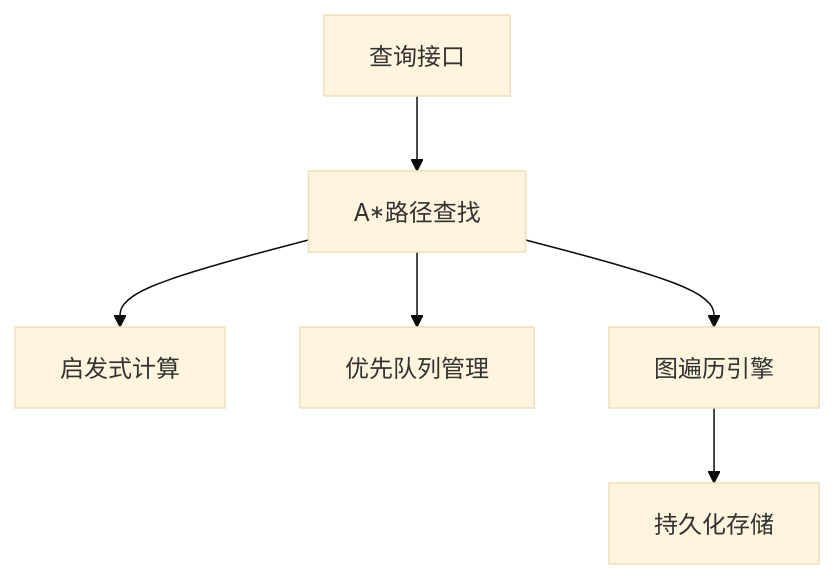
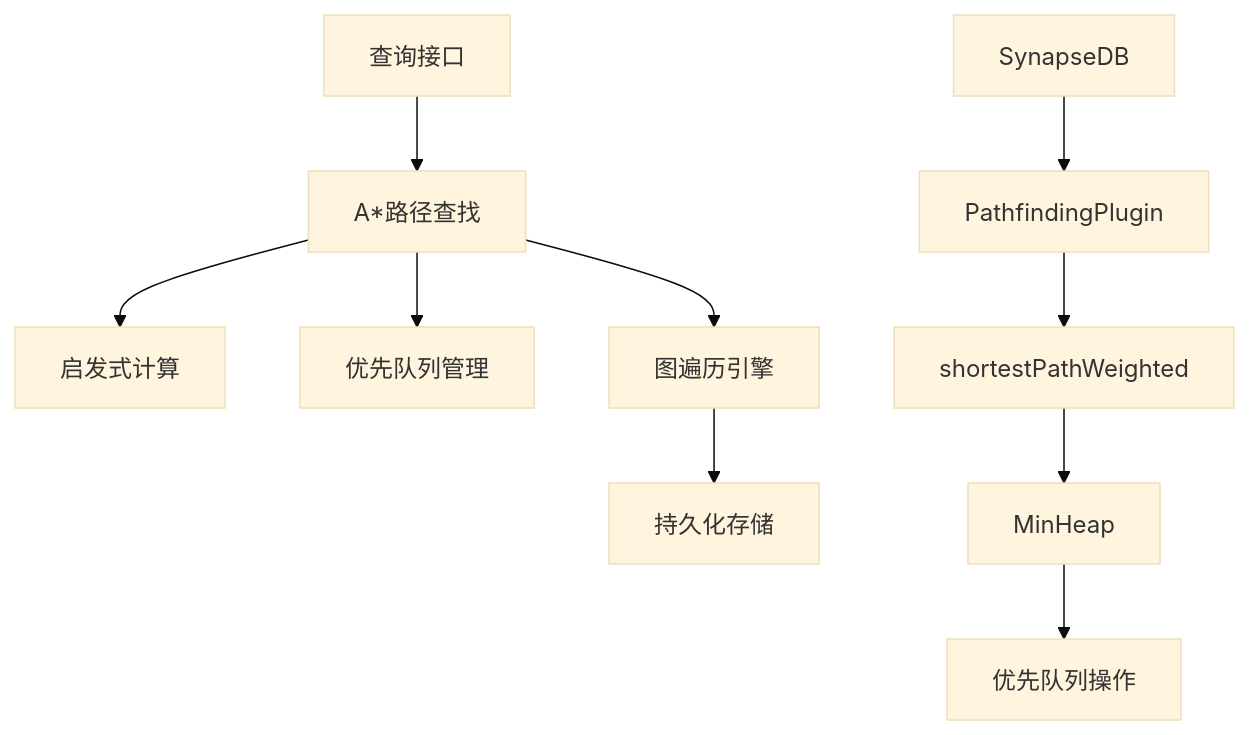
One commit to LuQing-Studio/nervusdb changed the second of 7 diagrams in .qoder/repowiki/zh/content/API 参考/查询构建器API/路径遍历操作/加权路径与A_算法.md. Above: the diagram before and after it, drawn with Mermaid (base theme). The commit also changed other lines of this file and 50 other files, not shown here.

````diff
--- a/.qoder/repowiki/zh/content/API 参考/查询构建器API/路径遍历操作/加权路径与A_算法.md
+++ b/.qoder/repowiki/zh/content/API 参考/查询构建器API/路径遍历操作/加权路径与A_算法.md
@@ -64,8 +74,12 @@
 ```mermaid
 graph TD
 A[查询接口] --> B[A*路径查找]
 B --> C[启发式计算]
 B --> D[优先队列管理]
 B --> E[图遍历引擎]
 E --> F[持久化存储]
+G[SynapseDB] --> H[PathfindingPlugin]
+H --> I[shortestPathWeighted]
+I --> J[MinHeap]
+J --> K[优先队列操作]
 ```
````
